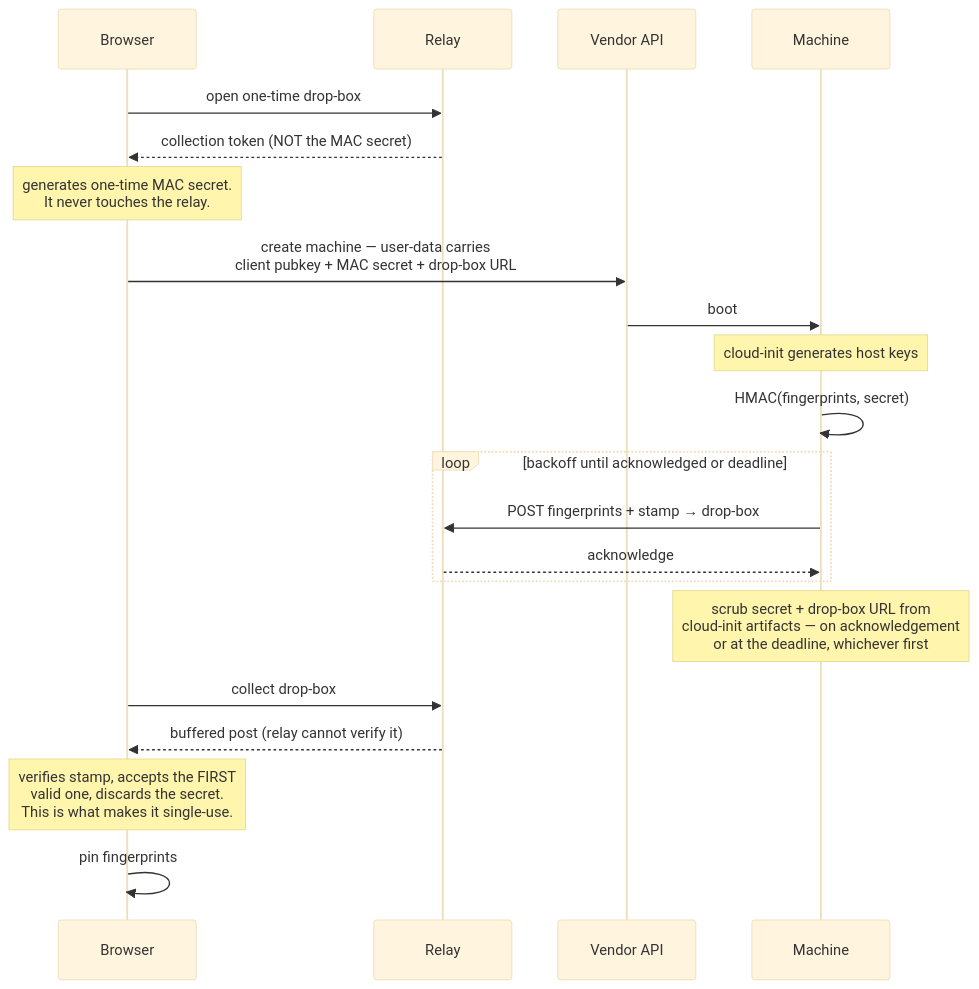
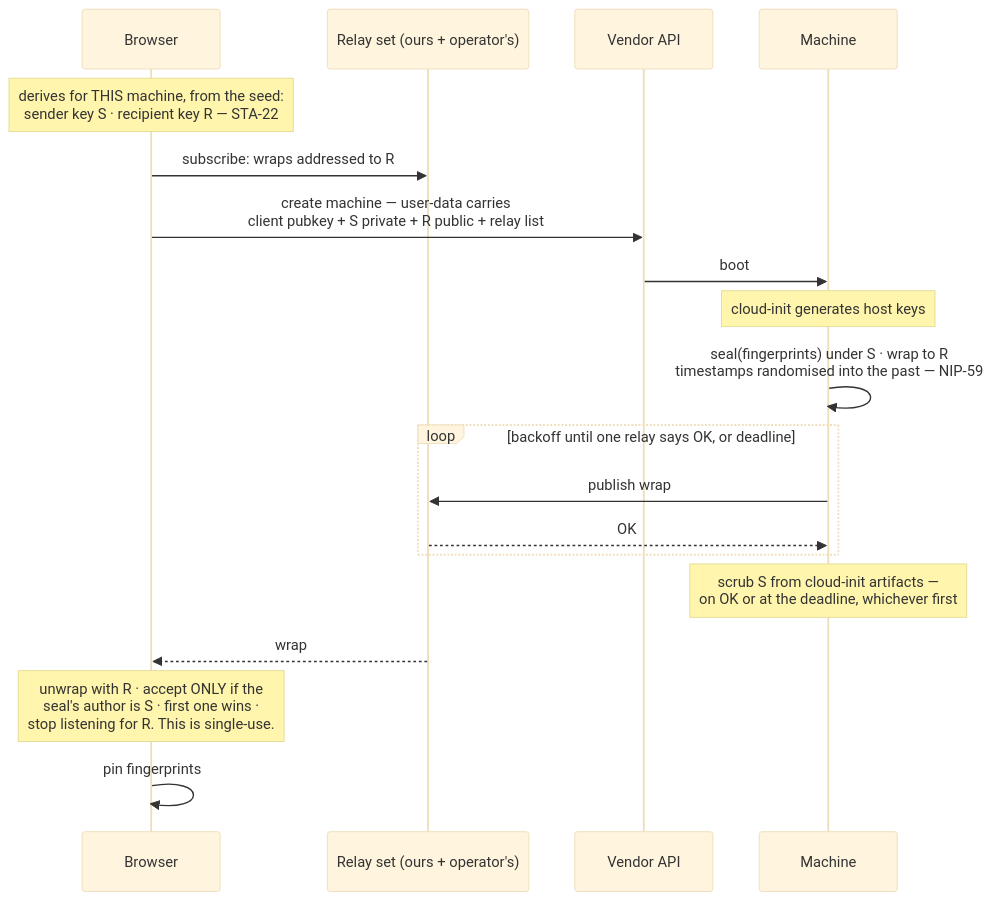
The second of 2 diagrams in 02-channel.md (douglaz/tau-web-spec), drawn with Mermaid (base theme) before and after one commit. The commit also changed other lines of this file and 15 other files, not shown here.

First line of the commit message:
docs: the machine speaks Nostr, and per-machine keys derive from an operator seed

````diff
--- a/02-channel.md
+++ b/02-channel.md
@@ -150,24 +171,22 @@
 ```mermaid
 sequenceDiagram
     participant B as Browser
-    participant RL as Relay
+    participant NR as Relay set (ours + operator's)
     participant V as Vendor API
     participant M as Machine
 
-    B->>RL: open one-time drop-box
-    RL-->>B: collection token (NOT the MAC secret)
-    Note over B: generates one-time MAC secret.<br/>It never touches the relay.
-    B->>V: create machine — user-data carries<br/>client pubkey + MAC secret + drop-box URL
+    Note over B: derives for THIS machine, from the seed:<br/>sender key S · recipient key R — STA-22
+    B->>NR: subscribe: wraps addressed to R
+    B->>V: create machine — user-data carries<br/>client pubkey + S private + R public + relay list
     V->>M: boot
     Note over M: cloud-init generates host keys
-    M->>M: HMAC(fingerprints, secret)
-    loop backoff until acknowledged or deadline
-        M->>RL: POST fingerprints + stamp → drop-box
-        RL-->>M: acknowledge
+    M->>M: seal(fingerprints) under S · wrap to R<br/>timestamps randomised into the past — NIP-59
+    loop backoff until one relay says OK, or deadline
+        M->>NR: publish wrap
+        NR-->>M: OK
     end
-    Note over M: scrub secret + drop-box URL from<br/>cloud-init artifacts — on acknowledgement<br/>or at the deadline, whichever first
-    B->>RL: collect drop-box
-    RL-->>B: buffered post (relay cannot verify it)
-    Note over B: verifies stamp, accepts the FIRST<br/>valid one, discards the secret.<br/>This is what makes it single-use.
+    Note over M: scrub S from cloud-init artifacts —<br/>on OK or at the deadline, whichever first
+    NR-->>B: wrap
+    Note over B: unwrap with R · accept ONLY if the<br/>seal's author is S · first one wins ·<br/>stop listening for R. This is single-use.
     B->>B: pin fingerprints
 ```
````
